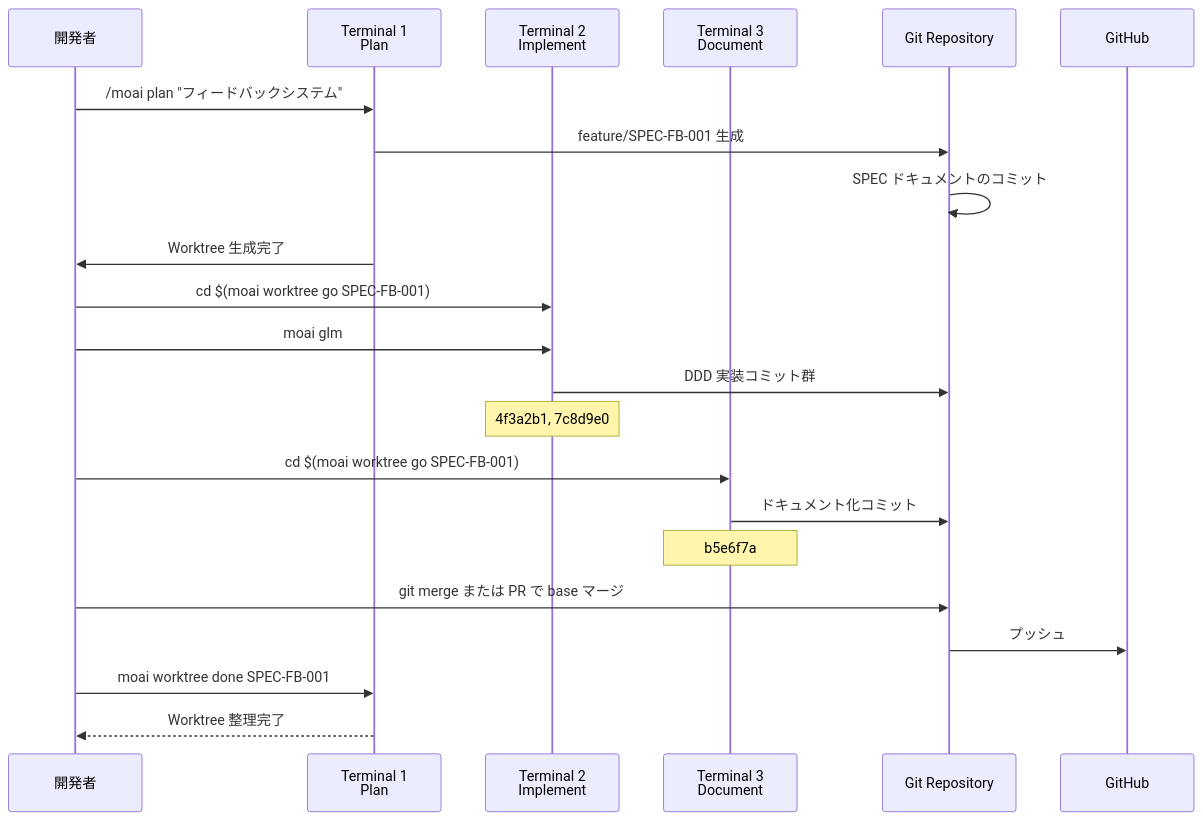
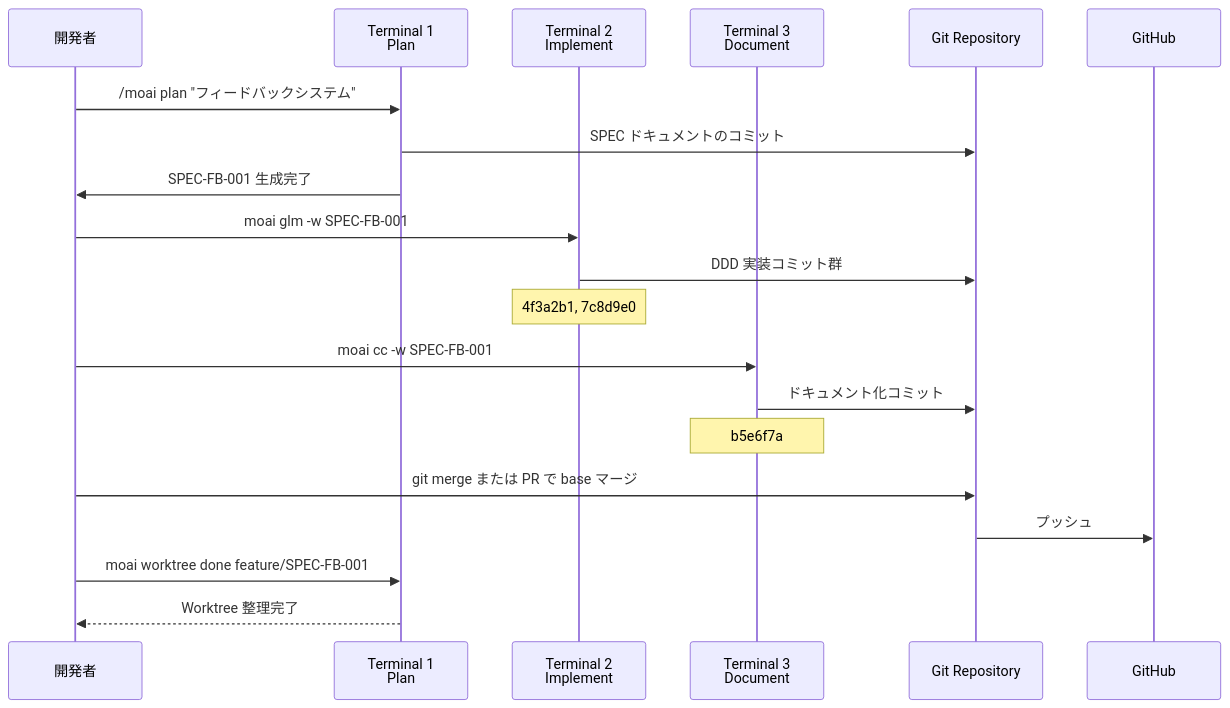
Before and after one commit to gabrielmoreira/agent-skills-mirror: the fourth of 4 diagrams in mirrors/repos/modu-ai@moai-adk/docs-site/content/ja/worktree/examples.md, drawn with Mermaid. The commit also changed other lines of this file and 1426 other files, not shown here.

````diff
--- a/mirrors/repos/modu-ai@moai-adk/docs-site/content/ja/worktree/examples.md
+++ b/mirrors/repos/modu-ai@moai-adk/docs-site/content/ja/worktree/examples.md
@@ -469,28 +419,26 @@
 ```mermaid
 sequenceDiagram
     participant Dev as 開発者
     participant T1 as Terminal 1<br/>Plan
     participant T2 as Terminal 2<br/>Implement
     participant T3 as Terminal 3<br/>Document
     participant Git as Git Repository
     participant Remote as GitHub
 
     Dev->>T1: /moai plan "フィードバックシステム"
-    T1->>Git: feature/SPEC-FB-001 生成
-    Git->>Git: SPEC ドキュメントのコミット
-    T1->>Dev: Worktree 生成完了
+    T1->>Git: SPEC ドキュメントのコミット
+    T1->>Dev: SPEC-FB-001 生成完了
 
-    Dev->>T2: cd $(moai worktree go SPEC-FB-001)
-    Dev->>T2: moai glm
+    Dev->>T2: moai glm -w SPEC-FB-001
     T2->>Git: DDD 実装コミット群
     Note over T2: 4f3a2b1, 7c8d9e0
 
-    Dev->>T3: cd $(moai worktree go SPEC-FB-001)
+    Dev->>T3: moai cc -w SPEC-FB-001
     T3->>Git: ドキュメント化コミット
     Note over T3: b5e6f7a
 
     Dev->>Git: git merge または PR で base マージ
     Git->>Remote: プッシュ
-    Dev->>T1: moai worktree done SPEC-FB-001
+    Dev->>T1: moai worktree done feature/SPEC-FB-001
     T1-->>Dev: Worktree 整理完了
 ```
````
